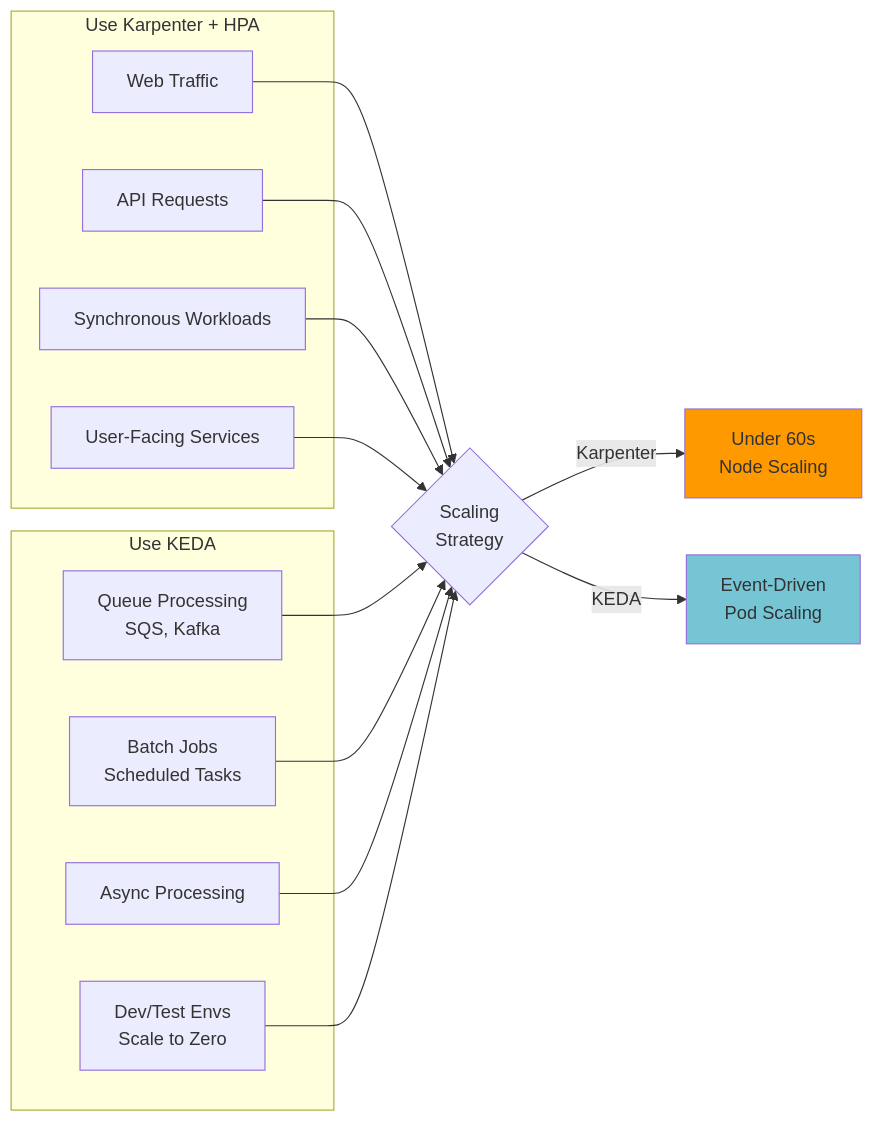
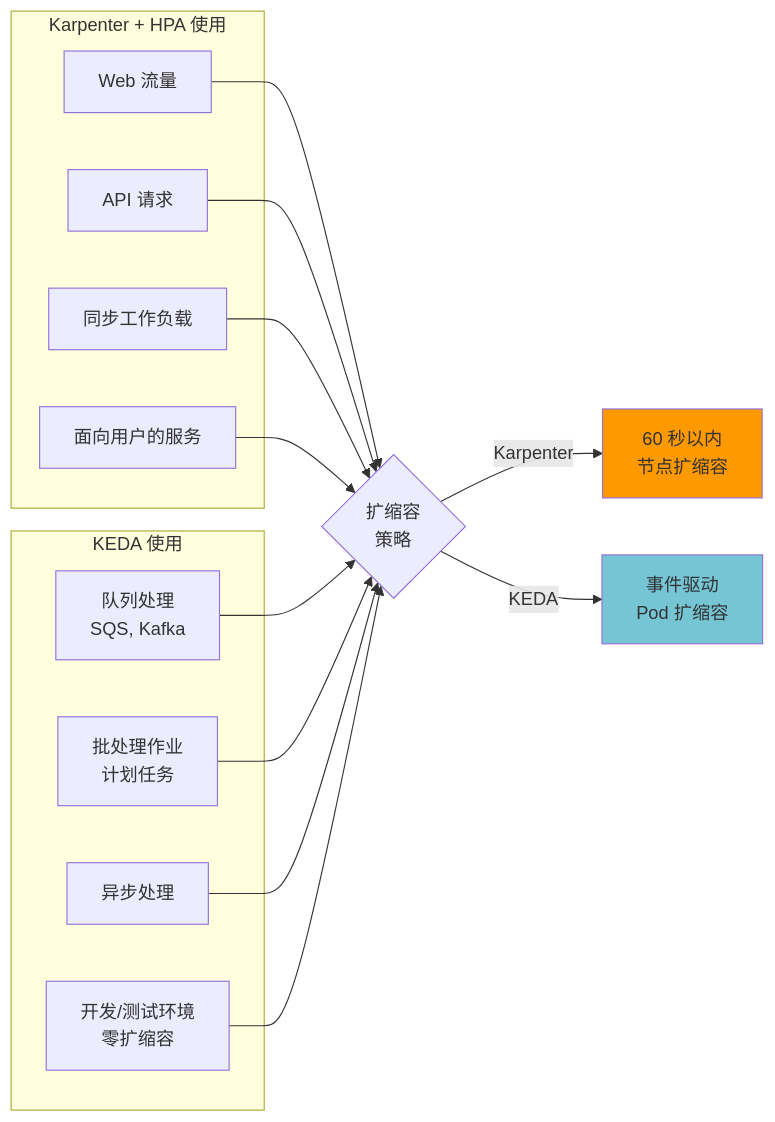
Diagram 12 of 18 in i18n/zh/docusaurus-plugin-content-docs/current/infrastructure-optimization/karpenter-autoscaling.md (devfloor9/engineering-playbook), drawn with Mermaid before and after one commit. The commit also changed other lines of this file and 43 other files, not shown here.

````diff
--- a/i18n/zh/docusaurus-plugin-content-docs/current/infrastructure-optimization/karpenter-autoscaling.md
+++ b/i18n/zh/docusaurus-plugin-content-docs/current/infrastructure-optimization/karpenter-autoscaling.md
@@ -554,33 +804,33 @@
 ```mermaid
 graph LR
-    subgraph "Use Karpenter + HPA"
-        WEB[Web Traffic]
-        API[API Requests]
-        SYNC[Synchronous Workloads]
-        USER[User-Facing Services]
+    subgraph "Karpenter + HPA 使用"
+        WEB[Web 流量]
+        API[API 请求]
+        SYNC[同步工作负载]
+        USER[面向用户的服务]
     end
 
-    subgraph "Use KEDA"
-        QUEUE[Queue Processing<br/>SQS, Kafka]
-        BATCH[Batch Jobs<br/>Scheduled Tasks]
-        ASYNC[Async Processing]
-        DEV[Dev/Test Envs<br/>Scale to Zero]
+    subgraph "KEDA 使用"
+        QUEUE[队列处理<br/>SQS, Kafka]
+        BATCH[批处理作业<br/>计划任务]
+        ASYNC[异步处理]
+        DEV[开发/测试环境<br/>零扩缩容]
     end
 
-    WEB --> DECISION{Scaling<br/>Strategy}
+    WEB --> DECISION{扩缩容<br/>策略}
     API --> DECISION
     SYNC --> DECISION
     USER --> DECISION
 
     QUEUE --> DECISION
     BATCH --> DECISION
     ASYNC --> DECISION
     DEV --> DECISION
 
-    DECISION -->|Karpenter| FAST[Under 60s<br/>Node Scaling]
-    DECISION -->|KEDA| EVENT[Event-Driven<br/>Pod Scaling]
+    DECISION -->|Karpenter| FAST[60 秒以内<br/>节点扩缩容]
+    DECISION -->|KEDA| EVENT[事件驱动<br/>Pod 扩缩容]
 
     style FAST fill:#ff9900
     style EVENT fill:#76c5d5
 
 ```
````
